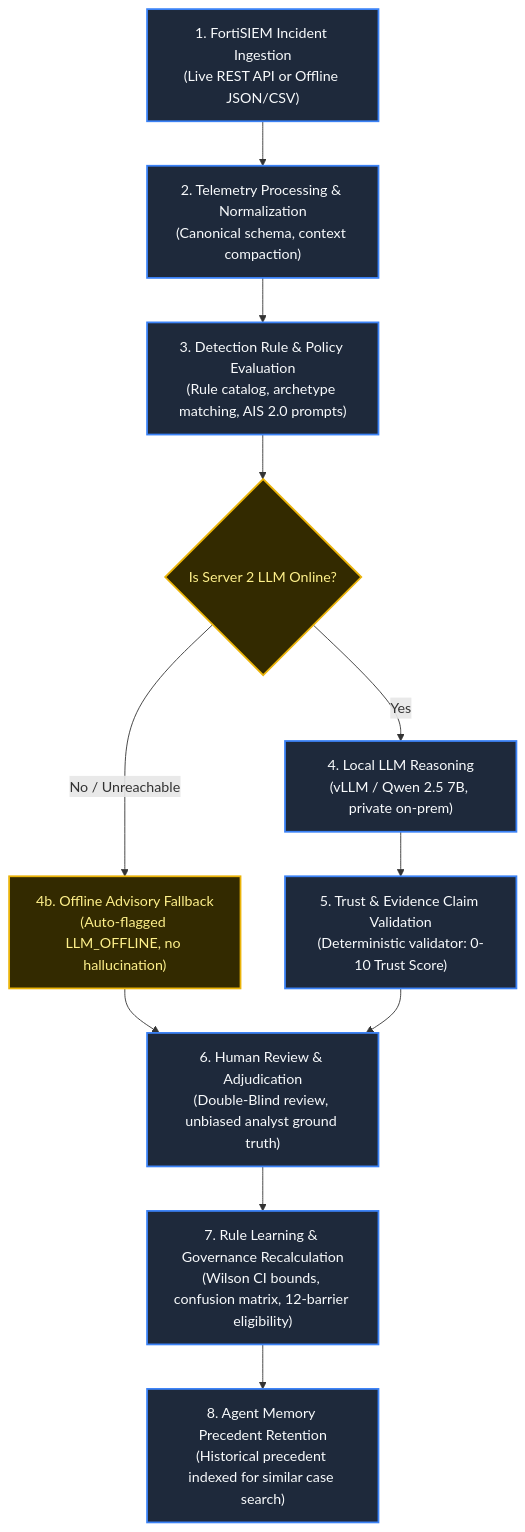
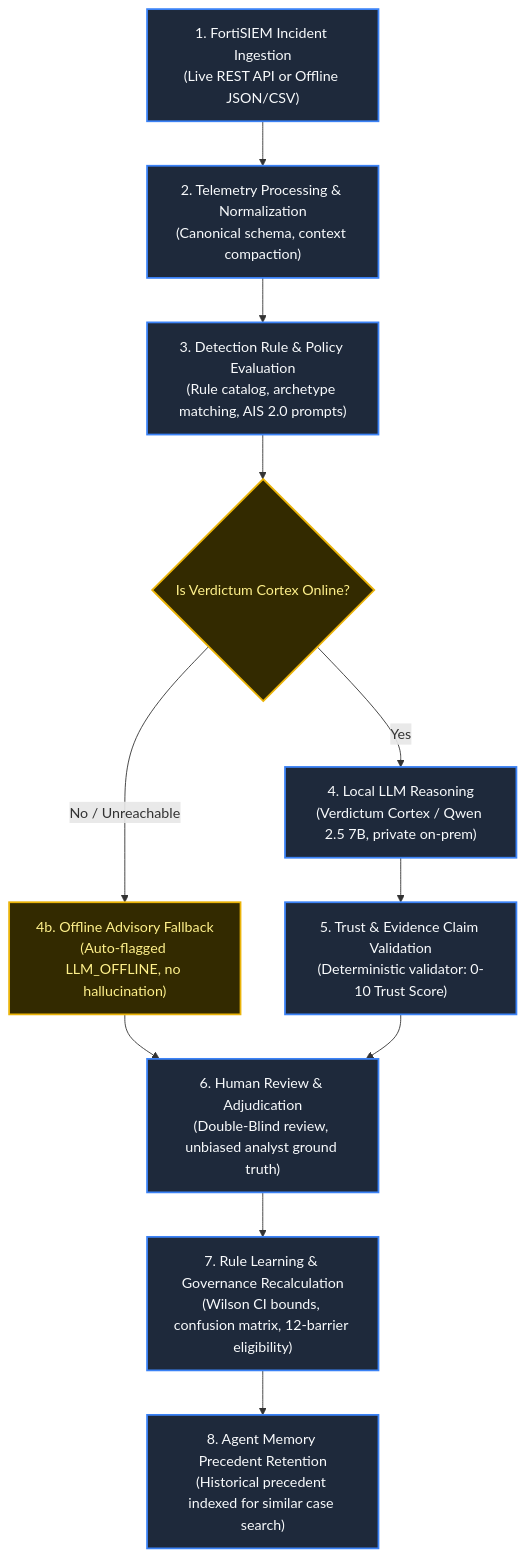
One commit to Wysetek-ELK/WyseSOC-AI changed the diagram in docs/admin-guide/END_TO_END_WORKFLOW.md. Above: the diagram before and after it, drawn with Mermaid. The commit also changed other lines of this file and 43 other files, not shown here.

First line of the commit message:
feat(branding): implement Verdictum AI branding and server naming architecture

````diff
--- a/docs/admin-guide/END_TO_END_WORKFLOW.md
+++ b/docs/admin-guide/END_TO_END_WORKFLOW.md
@@ -9,22 +9,22 @@
 ```mermaid
 flowchart TD
     A["1. FortiSIEM Incident Ingestion\n(Live REST API or Offline JSON/CSV)"] --> B["2. Telemetry Processing & Normalization\n(Canonical schema, context compaction)"]
     B --> C["3. Detection Rule & Policy Evaluation\n(Rule catalog, archetype matching, AIS 2.0 prompts)"]
-    C --> D{"Is Server 2 LLM Online?"}
+    C --> D{"Is Verdictum Cortex Online?"}
     
-    D -- Yes --> E["4. Local LLM Reasoning\n(vLLM / Qwen 2.5 7B, private on-prem)"]
+    D -- Yes --> E["4. Local LLM Reasoning\n(Verdictum Cortex / Qwen 2.5 7B, private on-prem)"]
     D -- No / Unreachable --> F["4b. Offline Advisory Fallback\n(Auto-flagged LLM_OFFLINE, no hallucination)"]
     
     E --> G["5. Trust & Evidence Claim Validation\n(Deterministic validator: 0-10 Trust Score)"]
     F --> H["6. Human Review & Adjudication\n(Double-Blind review, unbiased analyst ground truth)"]
     G --> H
     
     H --> I["7. Rule Learning & Governance Recalculation\n(Wilson CI bounds, confusion matrix, 12-barrier eligibility)"]
     I --> J["8. Agent Memory Precedent Retention\n(Historical precedent indexed for similar case search)"]
 
     classDef primary fill:#1e293b,stroke:#3b82f6,stroke-width:2px,color:#f8fafc;
     classDef warning fill:#332a00,stroke:#eab308,stroke-width:2px,color:#fef08a;
     classDef accent fill:#064e3b,stroke:#10b981,stroke-width:2px,color:#a7f3d0;
     class A,B,C,E,G,H,I,J primary;
     class D,F warning;
 ```
````
